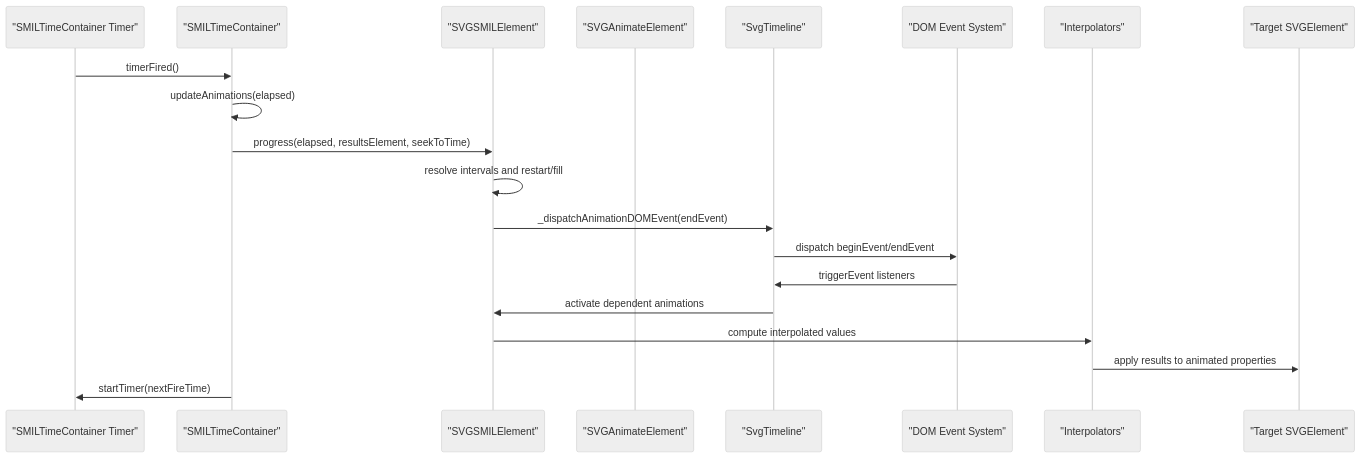
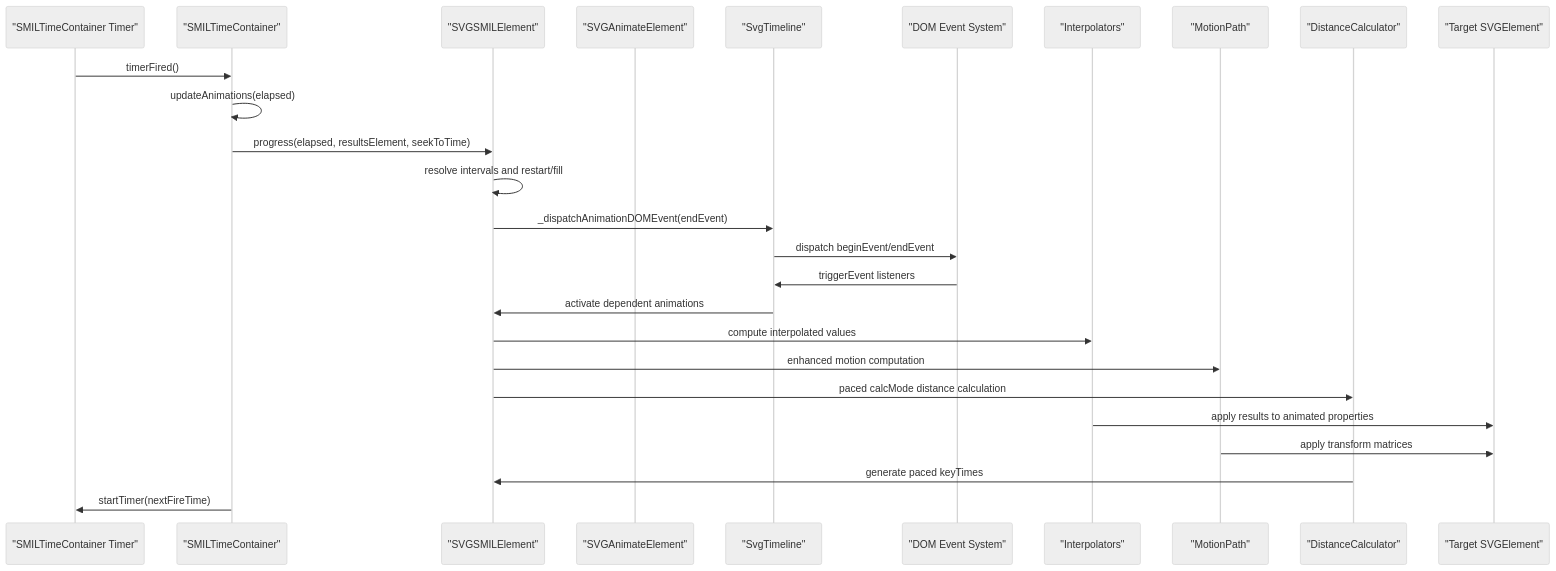
One commit to denisnadey/flutter_full_svg_support changed the second of 13 diagrams in .qoder/repowiki/en/content/Animated SVG Support/SMIL Animation Specification/Improved SMIL Animation Runtime.md. Above: the diagram before and after it, drawn with Mermaid (neutral theme). The commit also changed other lines of this file and 18 other files, not shown here.

First line of the commit message:
feat(smil): enhance animation runtime with discrete calcMode and motion path improvements

````diff
--- a/.qoder/repowiki/en/content/Animated SVG Support/SMIL Animation Specification/Improved SMIL Animation Runtime.md
+++ b/.qoder/repowiki/en/content/Animated SVG Support/SMIL Animation Specification/Improved SMIL Animation Runtime.md
@@ -164,22 +182,28 @@
 ```mermaid
 sequenceDiagram
 participant Timer as "SMILTimeContainer Timer"
 participant Scheduler as "SMILTimeContainer"
 participant Element as "SVGSMILElement"
 participant Animator as "SVGAnimateElement"
 participant Timeline as "SvgTimeline"
 participant DOM as "DOM Event System"
 participant Interpolator as "Interpolators"
+participant MotionPath as "MotionPath"
+participant DistanceCalc as "DistanceCalculator"
 participant Target as "Target SVGElement"
 Timer->>Scheduler : timerFired()
 Scheduler->>Scheduler : updateAnimations(elapsed)
 Scheduler->>Element : progress(elapsed, resultsElement, seekToTime)
 Element->>Element : resolve intervals and restart/fill
 Element->>Timeline : _dispatchAnimationDOMEvent(endEvent)
 Timeline->>DOM : dispatch beginEvent/endEvent
 DOM->>Timeline : triggerEvent listeners
 Timeline->>Element : activate dependent animations
 Element->>Interpolator : compute interpolated values
+Element->>MotionPath : enhanced motion computation
+Element->>DistanceCalc : paced calcMode distance calculation
 Interpolator->>Target : apply results to animated properties
+MotionPath->>Target : apply transform matrices
+DistanceCalc->>Element : generate paced keyTimes
 Scheduler->>Timer : startTimer(nextFireTime)
 ```
````
